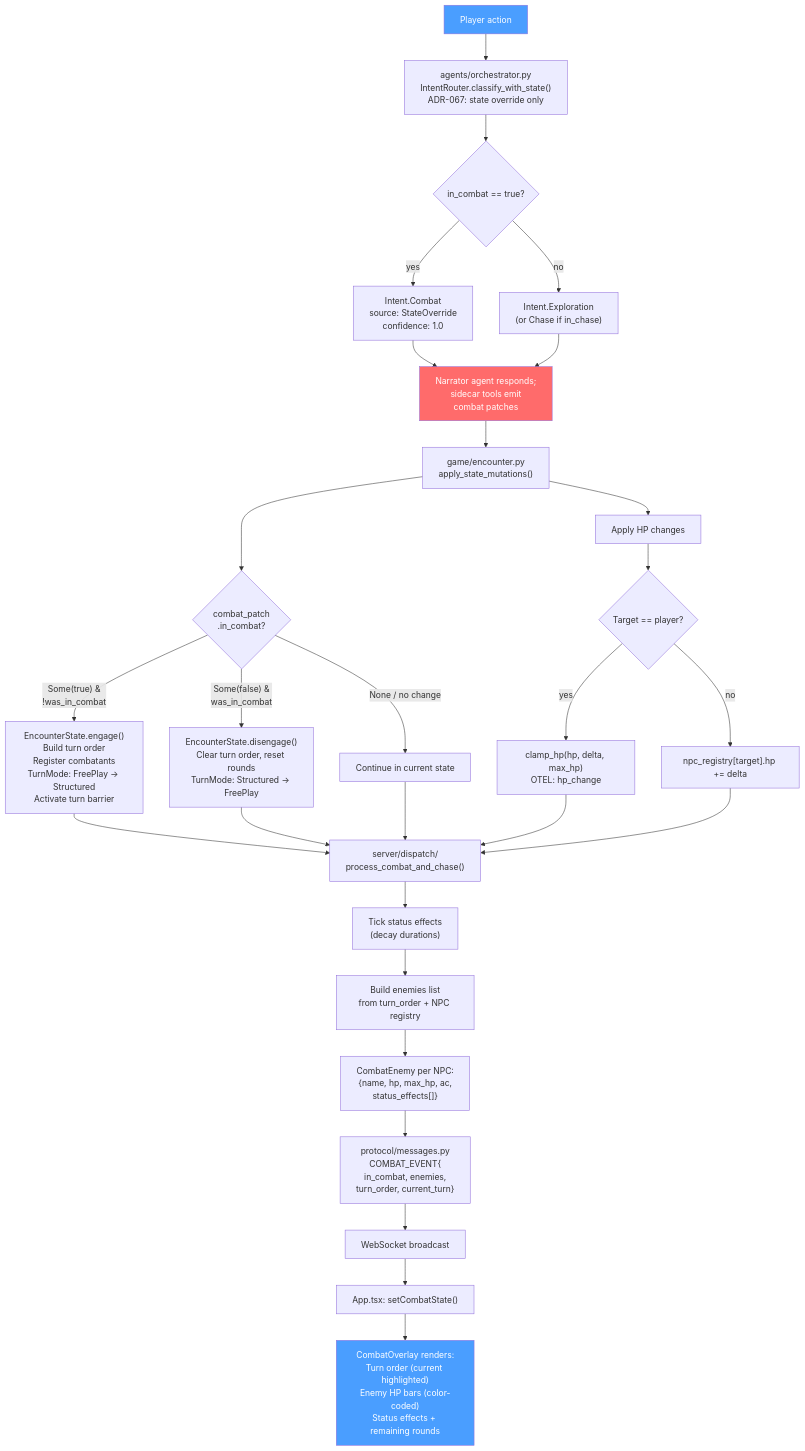
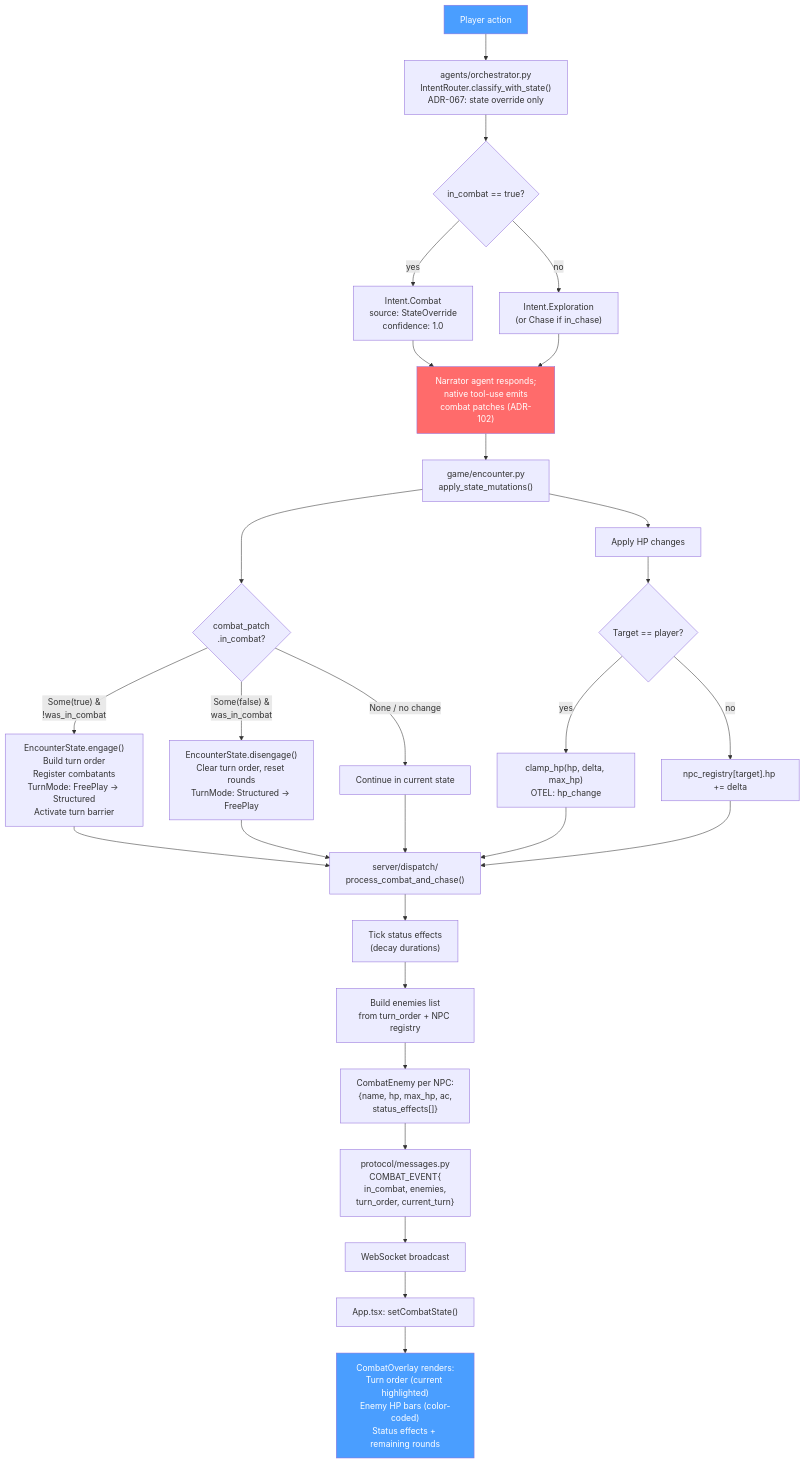
Before and after one commit to slabgorb-org/sidequest: the sixth of 15 diagrams in docs/wiring-diagrams.md, drawn with Mermaid. The commit also changed other lines of this file and 12 other files, not shown here.

````diff
--- a/docs/wiring-diagrams.md
+++ b/docs/wiring-diagrams.md
@@ -387,39 +380,39 @@
 ```mermaid
 flowchart TD
     A["Player action"] --> B["agents/orchestrator.py<br/>IntentRouter.classify_with_state()<br/>ADR-067: state override only"]
     B --> C{"in_combat == true?"}
     C -->|"yes"| D["Intent.Combat<br/>source: StateOverride<br/>confidence: 1.0"]
     C -->|"no"| E["Intent.Exploration<br/>(or Chase if in_chase)"]
 
-    D --> F["Narrator agent responds;<br/>sidecar tools emit<br/>combat patches"]
+    D --> F["Narrator agent responds;<br/>native tool-use emits<br/>combat patches (ADR-102)"]
     E --> F
 
     F --> G["game/encounter.py<br/>apply_state_mutations()"]
 
     G --> H{"combat_patch<br/>.in_combat?"}
     H -->|"Some(true) &<br/>!was_in_combat"| I["EncounterState.engage()<br/>Build turn order<br/>Register combatants<br/>TurnMode: FreePlay → Structured<br/>Activate turn barrier"]
     H -->|"Some(false) &<br/>was_in_combat"| J["EncounterState.disengage()<br/>Clear turn order, reset rounds<br/>TurnMode: Structured → FreePlay"]
     H -->|"None / no change"| K["Continue in current state"]
 
     G --> L["Apply HP changes"]
     L --> L1{"Target == player?"}
     L1 -->|"yes"| L2["clamp_hp(hp, delta, max_hp)<br/>OTEL: hp_change"]
     L1 -->|"no"| L3["npc_registry[target].hp += delta"]
 
     I & J & K --> M["server/dispatch/<br/>process_combat_and_chase()"]
     L2 & L3 --> M
 
     M --> N["Tick status effects<br/>(decay durations)"]
     N --> O["Build enemies list<br/>from turn_order + NPC registry"]
     O --> P["CombatEnemy per NPC:<br/>{name, hp, max_hp, ac,<br/>status_effects[]}"]
 
     P --> Q["protocol/messages.py<br/>COMBAT_EVENT{<br/>in_combat, enemies,<br/>turn_order, current_turn}"]
     Q --> R["WebSocket broadcast"]
 
     R --> S["App.tsx: setCombatState()"]
     S --> T["CombatOverlay renders:<br/>Turn order (current highlighted)<br/>Enemy HP bars (color-coded)<br/>Status effects + remaining rounds"]
 
     style A fill:#4a9eff,color:#fff
     style T fill:#4a9eff,color:#fff
     style F fill:#ff6b6b,color:#fff
 ```
````
